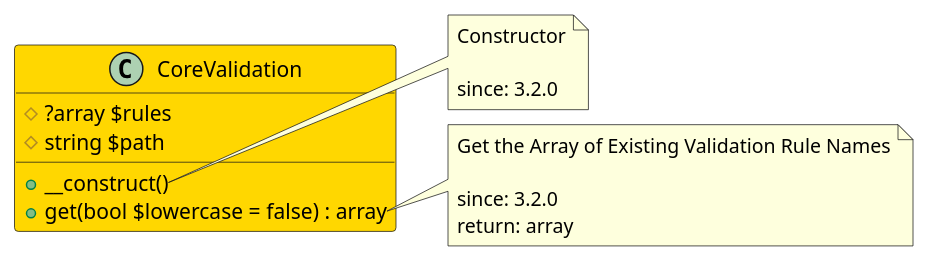
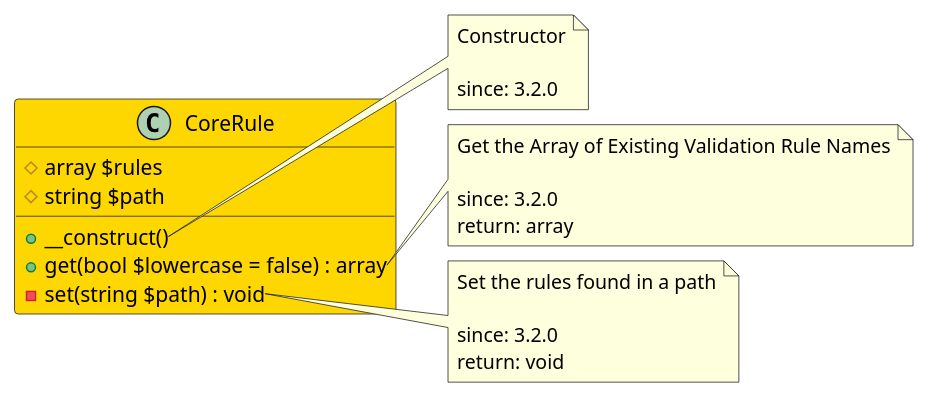
The diagram in src/24da9672-e47f-4bb1-b6c0-0ebfc17f0957/README.md (joomengine/jcb-compiler), drawn with PlantUML before and after one commit. The commit also changed other lines of this file and 399 other files, not shown here.

````diff
--- a/src/24da9672-e47f-4bb1-b6c0-0ebfc17f0957/README.md
+++ b/src/24da9672-e47f-4bb1-b6c0-0ebfc17f0957/README.md
@@ -11,24 +11,32 @@
 ```uml
 @startuml
-class CoreValidation  #Gold {
-  # ?array $rules
+class CoreRule  #Gold {
+  # array $rules
   # string $path
   + __construct()
   + get(bool $lowercase = false) : array
+  - set(string $path) : void
 }
 
-note right of CoreValidation::__construct
+note right of CoreRule::__construct
   Constructor
 
   since: 3.2.0
 end note
 
-note right of CoreValidation::get
+note right of CoreRule::get
   Get the Array of Existing Validation Rule Names
 
   since: 3.2.0
   return: array
 end note
+
+note right of CoreRule::set
+  Set the rules found in a path
+
+  since: 3.2.0
+  return: void
+end note
  
 @enduml
 ```
````
